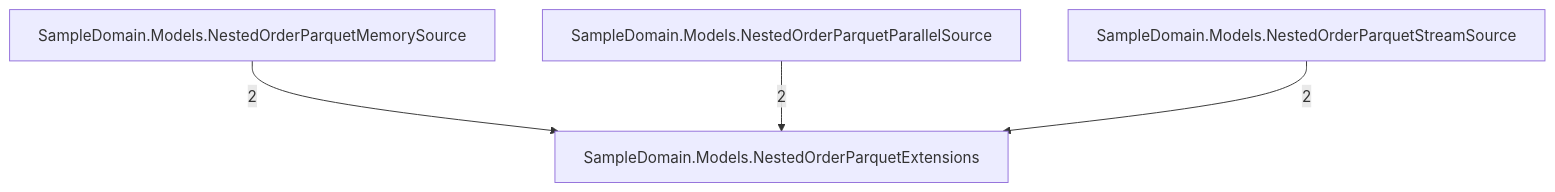
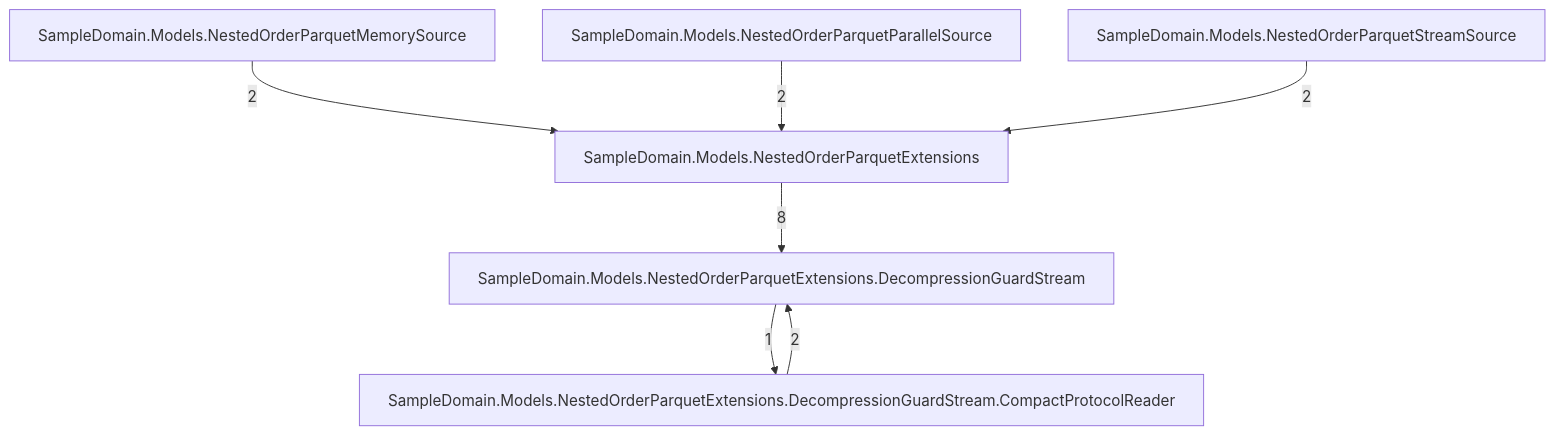
One commit to rtkelly13/Parquet.SourceGenerator changed the third of 7 diagrams in docs/callgraph-generated.md. Above: the diagram before and after it, drawn with Mermaid. The commit also changed other lines of this file and 32 other files, not shown here.

````diff
--- a/docs/callgraph-generated.md
+++ b/docs/callgraph-generated.md
@@ -32,10 +42,15 @@
 ```mermaid
 graph TD
     tsampledomainmodelsnestedorderparquetextensions_048["SampleDomain.Models.NestedOrderParquetExtensions"]
+    tsampledomainmodelsnestedorderparquetextensionsdecompressionguardstream_073["SampleDomain.Models.NestedOrderParquetExtensions.DecompressionGuardStream"]
+    tsampledomainmodelsnestedorderparquetextensionsdecompressionguardstreamcompactprotocolreader_095["SampleDomain.Models.NestedOrderParquetExtensions.DecompressionGuardStream.CompactProtocolReader"]
     tsampledomainmodelsnestedorderparquetmemorysource_050["SampleDomain.Models.NestedOrderParquetMemorySource"]
     tsampledomainmodelsnestedorderparquetparallelsource_052["SampleDomain.Models.NestedOrderParquetParallelSource"]
     tsampledomainmodelsnestedorderparquetstreamsource_050["SampleDomain.Models.NestedOrderParquetStreamSource"]
+    tsampledomainmodelsnestedorderparquetextensionsdecompressionguardstreamcompactprotocolreader_095 -->|2| tsampledomainmodelsnestedorderparquetextensionsdecompressionguardstream_073
+    tsampledomainmodelsnestedorderparquetextensionsdecompressionguardstream_073 -->|1| tsampledomainmodelsnestedorderparquetextensionsdecompressionguardstreamcompactprotocolreader_095
+    tsampledomainmodelsnestedorderparquetextensions_048 -->|8| tsampledomainmodelsnestedorderparquetextensionsdecompressionguardstream_073
     tsampledomainmodelsnestedorderparquetmemorysource_050 -->|2| tsampledomainmodelsnestedorderparquetextensions_048
     tsampledomainmodelsnestedorderparquetparallelsource_052 -->|2| tsampledomainmodelsnestedorderparquetextensions_048
     tsampledomainmodelsnestedorderparquetstreamsource_050 -->|2| tsampledomainmodelsnestedorderparquetextensions_048
 ```
````
